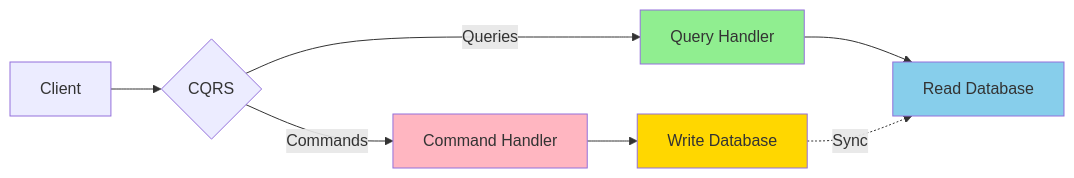
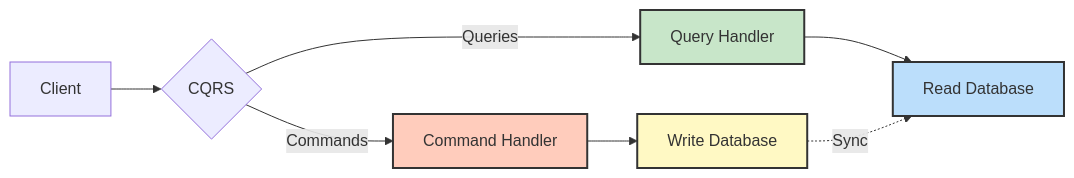
Before and after one commit to NguyenPhamCode4You/ai-home-lab-docker-compose: the third of 3 diagrams in C# fundamentals/day14-interview-prep.md, drawn with Mermaid. The commit also changed other lines of this file and 10 other files, not shown here.

````diff
--- a/C# fundamentals/day14-interview-prep.md
+++ b/C# fundamentals/day14-interview-prep.md
@@ -72,17 +72,17 @@
 ```mermaid
 graph LR
     A[Client] --> B{CQRS}
 
     B -->|Commands| C[Command Handler]
     B -->|Queries| D[Query Handler]
 
     C --> E[Write Database]
     D --> F[Read Database]
 
     E -.Sync.-> F
 
-    style C fill:#FFB6C1
-    style D fill:#90EE90
-    style E fill:#FFD700
-    style F fill:#87CEEB
+    style C fill:#ffccbc,stroke:#333,stroke-width:2px
+    style D fill:#c8e6c9,stroke:#333,stroke-width:2px
+    style E fill:#fff9c4,stroke:#333,stroke-width:2px
+    style F fill:#bbdefb,stroke:#333,stroke-width:2px
 ```
````
